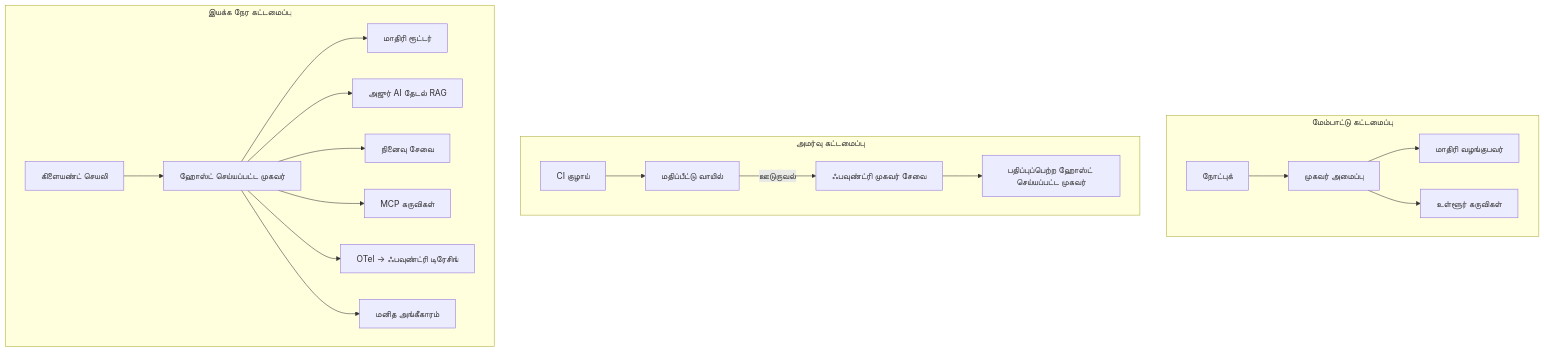
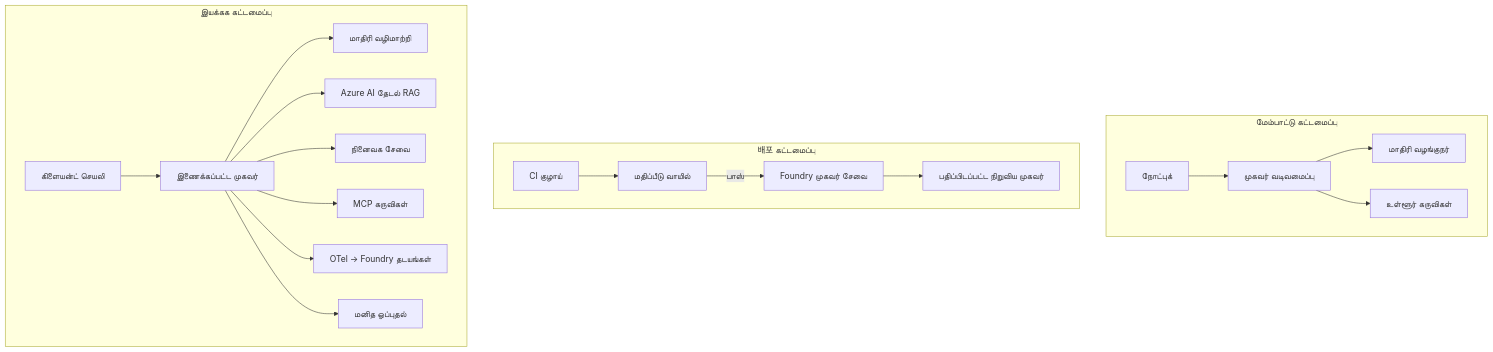
The fourth of 4 diagrams in translations/ta/16-deploying-scalable-agents/README.md (microsoft/ai-agents-for-beginners), drawn with Mermaid before and after one commit. The commit also changed other lines of this file and 46 other files, not shown here.

````diff
--- a/translations/ta/16-deploying-scalable-agents/README.md
+++ b/translations/ta/16-deploying-scalable-agents/README.md
@@ -185,22 +185,22 @@
 ```mermaid
 flowchart TB
     subgraph Dev[மேம்பாட்டு கட்டமைப்பு]
-        D1[நோட்புக்] --> D2[முகவர் அமைப்பு]
-        D2 --> D3[மாதிரி வழங்குபவர்]
+        D1[நோட்புக்] --> D2[முகவர் வடிவமைப்பு]
+        D2 --> D3[மாதிரி வழங்குநர்]
         D2 --> D4[உள்ளூர் கருவிகள்]
     end
-    subgraph Deploy[அமர்வு கட்டமைப்பு]
-        E1[CI குழாய்] --> E2[மதிப்பீட்டு வாயில்]
-        E2 -->|ஊடுருவல்| E3[ஃபவுண்ட்ரி முகவர் சேவை]
-        E3 --> E4[பதிப்புப்பெற்ற ஹோஸ்ட் செய்யப்பட்ட முகவர்]
+    subgraph Deploy[배포 கட்டமைப்பு]
+        E1[CI குழாய்] --> E2[மதிப்பீடு வாயில்]
+        E2 -->|பாஸ்| E3[Foundry முகவர் சேவை]
+        E3 --> E4[பதிப்பிடப்பட்ட நிறுவிய முகவர்]
     end
-    subgraph Run[இயக்க நேர கட்டமைப்பு]
-        F1[கிளையண்ட் செயலி] --> F2[ஹோஸ்ட் செய்யப்பட்ட முகவர்]
-        F2 --> F3[மாதிரி ரூட்டர்]
-        F2 --> F4[அஜுர் AI தேடல் RAG]
-        F2 --> F5[நினைவு சேவை]
+    subgraph Run[இயக்கக கட்டமைப்பு]
+        F1[கிளையன்ட் செயலி] --> F2[இணைக்கப்பட்ட முகவர்]
+        F2 --> F3[மாதிரி வழிமாற்றி]
+        F2 --> F4[Azure AI தேடல் RAG]
+        F2 --> F5[நினைவக சேவை]
         F2 --> F6[MCP கருவிகள்]
-        F2 --> F7[OTel -> ஃபவுண்ட்ரி டிரேசிங்]
-        F2 --> F8[மனித அங்கீகாரம்]
+        F2 --> F7[OTel -> Foundry தடயங்கள்]
+        F2 --> F8[மனித ஒப்புதல்]
     end
 ```
````
